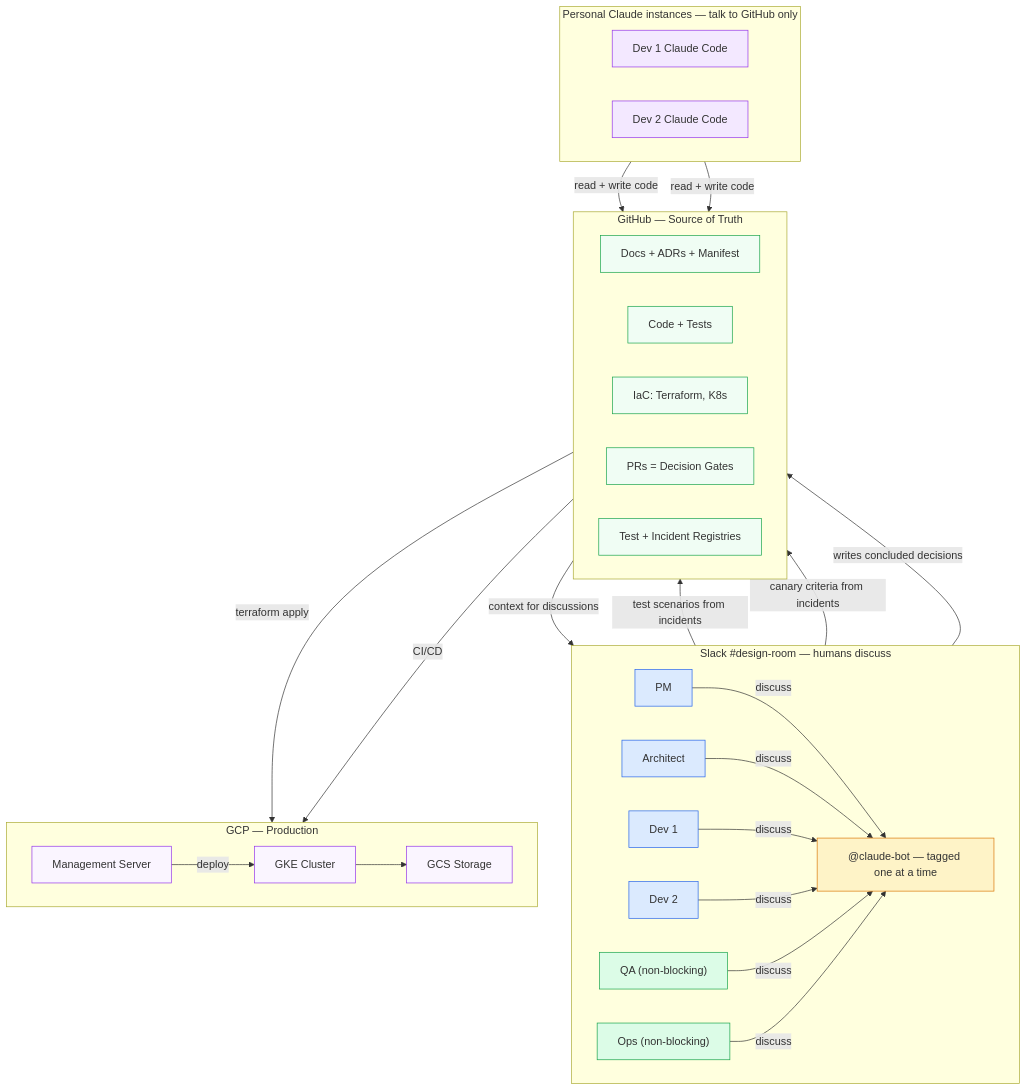
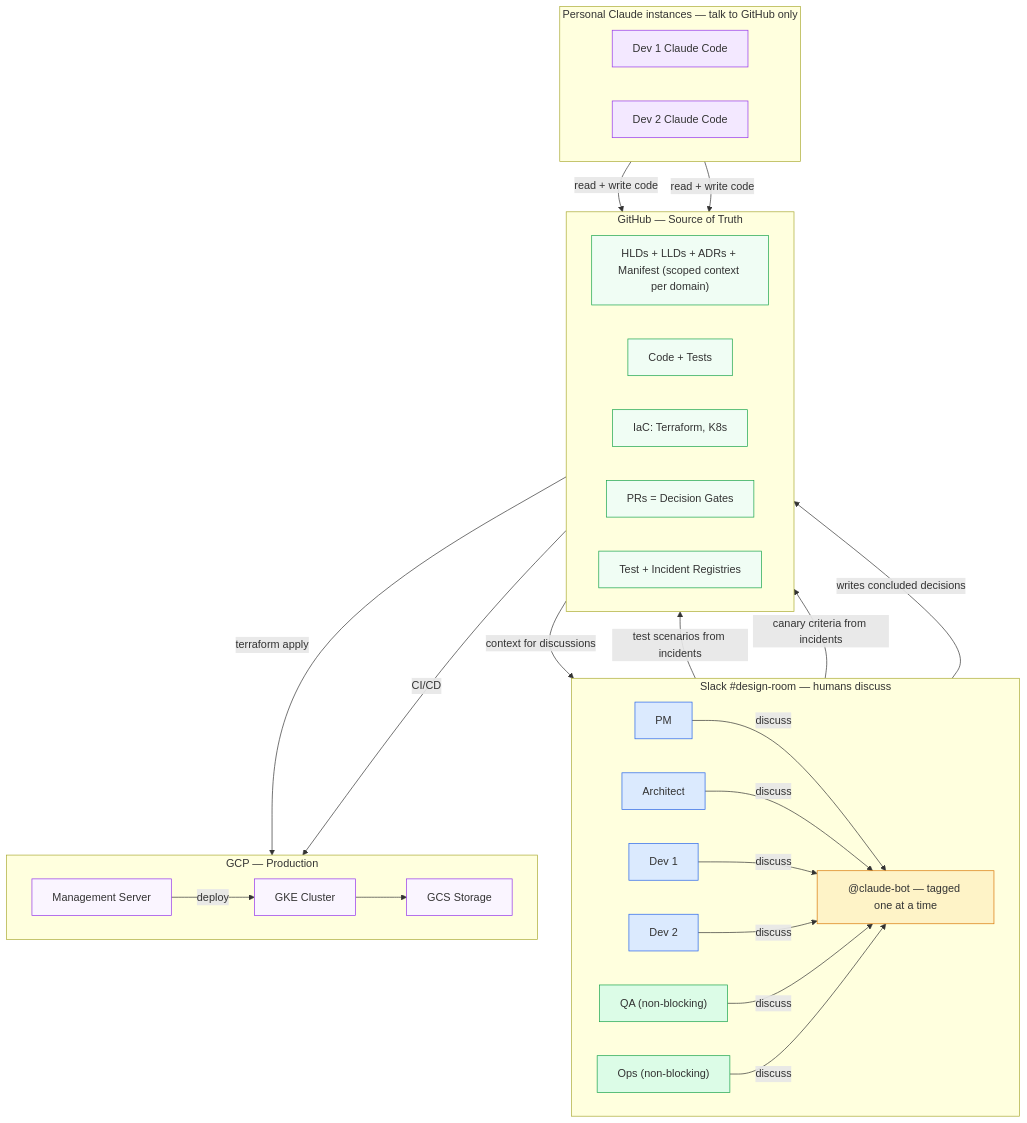
The first of 5 diagrams in README.md (Prasad-Apparaju/hitl-dev-platform), drawn with Mermaid before and after one commit. The commit also changed 2 other files, not shown here.

Commit message:
Make HLDs + LLDs explicit in diagrams — scoped context enables divide-and-conquer

````diff
--- a/README.md
+++ b/README.md
@@ -22,59 +22,59 @@
 ```mermaid
 graph TD
     subgraph Slack["Slack #design-room — humans discuss"]
         direction LR
         PM["PM"]
         Arch["Architect"]
         D1["Dev 1"]
         D2["Dev 2"]
         QA["QA (non-blocking)"]
         Ops["Ops (non-blocking)"]
         Bot["@claude-bot — tagged one at a time"]
     end
 
     subgraph Private["Personal Claude instances — talk to GitHub only"]
         direction LR
         C1["Dev 1 Claude Code"]
         C2["Dev 2 Claude Code"]
     end
 
     subgraph GitHub["GitHub — Source of Truth"]
         direction LR
-        Docs["Docs + ADRs + Manifest"]
+        Docs["HLDs + LLDs + ADRs + Manifest (scoped context per domain)"]
         Code["Code + Tests"]
         IaC["IaC: Terraform, K8s"]
         PRs["PRs = Decision Gates"]
         Reg["Test + Incident Registries"]
     end
 
     subgraph GCP["GCP — Production"]
         direction LR
         Mgmt["Management Server"]
         GKE["GKE Cluster"]
         GCS["GCS Storage"]
     end
 
     PM & Arch & D1 & D2 & QA & Ops -->|"discuss"| Bot
     Bot -->|"writes concluded decisions"| GitHub
     C1 & C2 -->|"read + write code"| GitHub
     GitHub -->|"context for discussions"| Slack
     QA -->|"test scenarios from incidents"| Reg
     Ops -->|"canary criteria from incidents"| Reg
     IaC -->|"terraform apply"| Mgmt
     Mgmt -->|"deploy"| GKE
     Code -->|"CI/CD"| GKE
     GKE --> GCS
 
     classDef human fill:#dbeafe,stroke:#2563eb
     classDef contributor fill:#dcfce7,stroke:#16a34a
     classDef bot fill:#fef3c7,stroke:#d97706
     classDef private fill:#f3e8ff,stroke:#9333ea
     classDef gh fill:#f0fdf4,stroke:#16a34a
     classDef gcp fill:#faf5ff,stroke:#9333ea
     class PM,Arch,D1,D2 human
     class QA,Ops contributor
     class Bot bot
     class C1,C2 private
     class Docs,Code,IaC,PRs,Reg gh
     class Mgmt,GKE,GCS gcp
 ```
````
